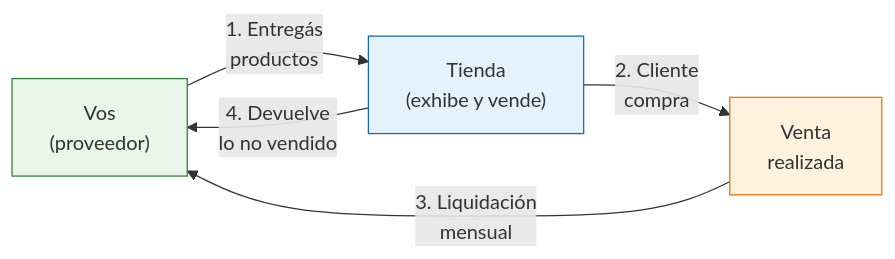
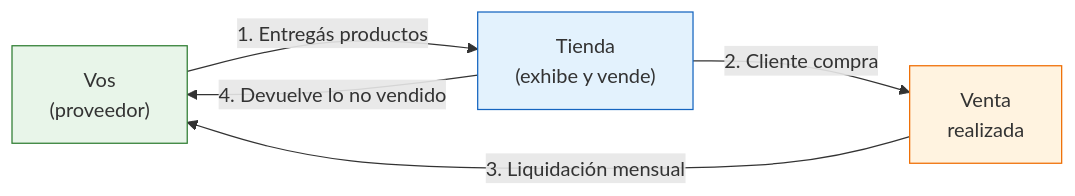
Before and after one commit to barrosignacioezequiel-coder/docs: the diagram in app/paso1-argentina/crecer-gestionar/consignacion-tiendas.mdx, drawn with Mermaid. The commit also changed 10 other files, not shown here.

First line of the commit message:
fix: remove <br/> from Mermaid edge labels causing list errors

````diff
--- a/app/paso1-argentina/crecer-gestionar/consignacion-tiendas.mdx
+++ b/app/paso1-argentina/crecer-gestionar/consignacion-tiendas.mdx
@@ -15,11 +15,11 @@
 ```mermaid
 graph LR
-    A["Vos<br/>(proveedor)"] -->|"1. Entregás<br/>productos"| B["Tienda<br/>(exhibe y vende)"]
-    B -->|"2. Cliente<br/>compra"| C["Venta<br/>realizada"]
-    C -->|"3. Liquidación<br/>mensual"| A
-    B -->|"4. Devuelve<br/>lo no vendido"| A
+    A["Vos<br/>(proveedor)"] -->|"1. Entregás productos"| B["Tienda<br/>(exhibe y vende)"]
+    B -->|"2. Cliente compra"| C["Venta<br/>realizada"]
+    C -->|"3. Liquidación mensual"| A
+    B -->|"4. Devuelve lo no vendido"| A
 
     style A fill:#e8f5e9,stroke:#2e7d32
     style B fill:#e3f2fd,stroke:#1565c0
     style C fill:#fff3e0,stroke:#ef6c00
 ```
````
